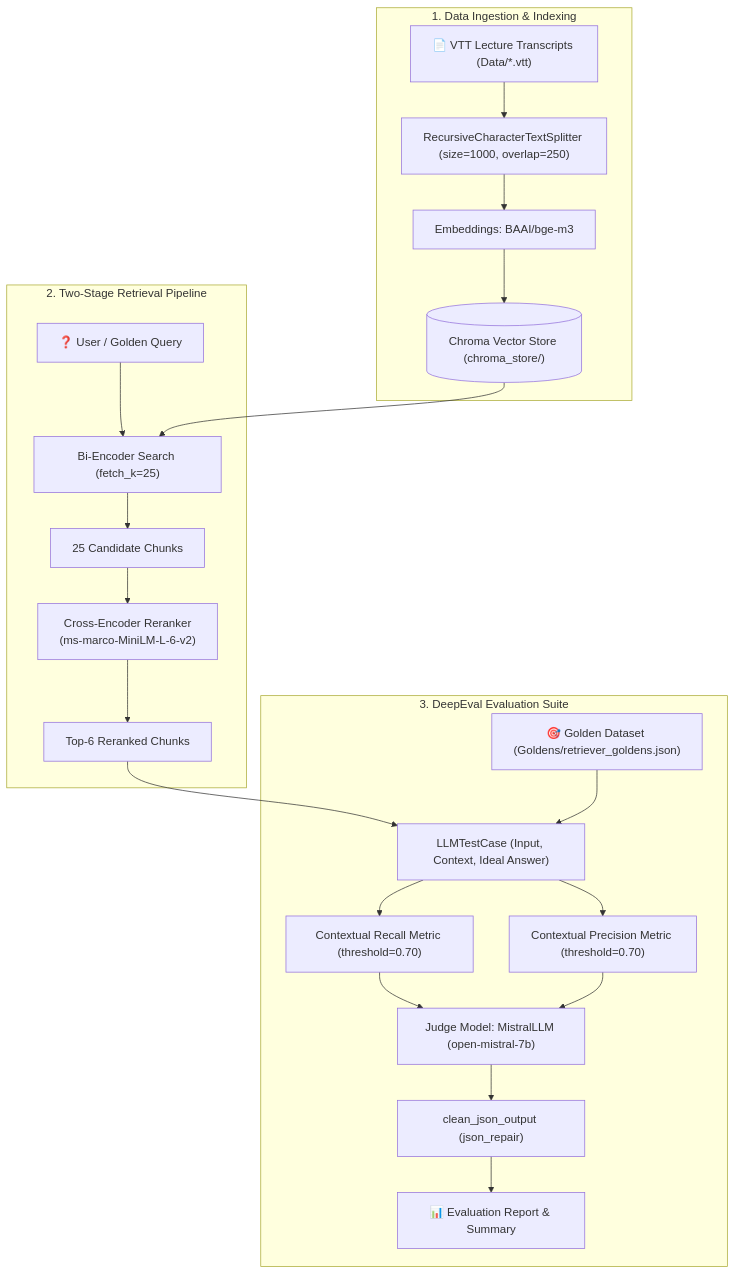
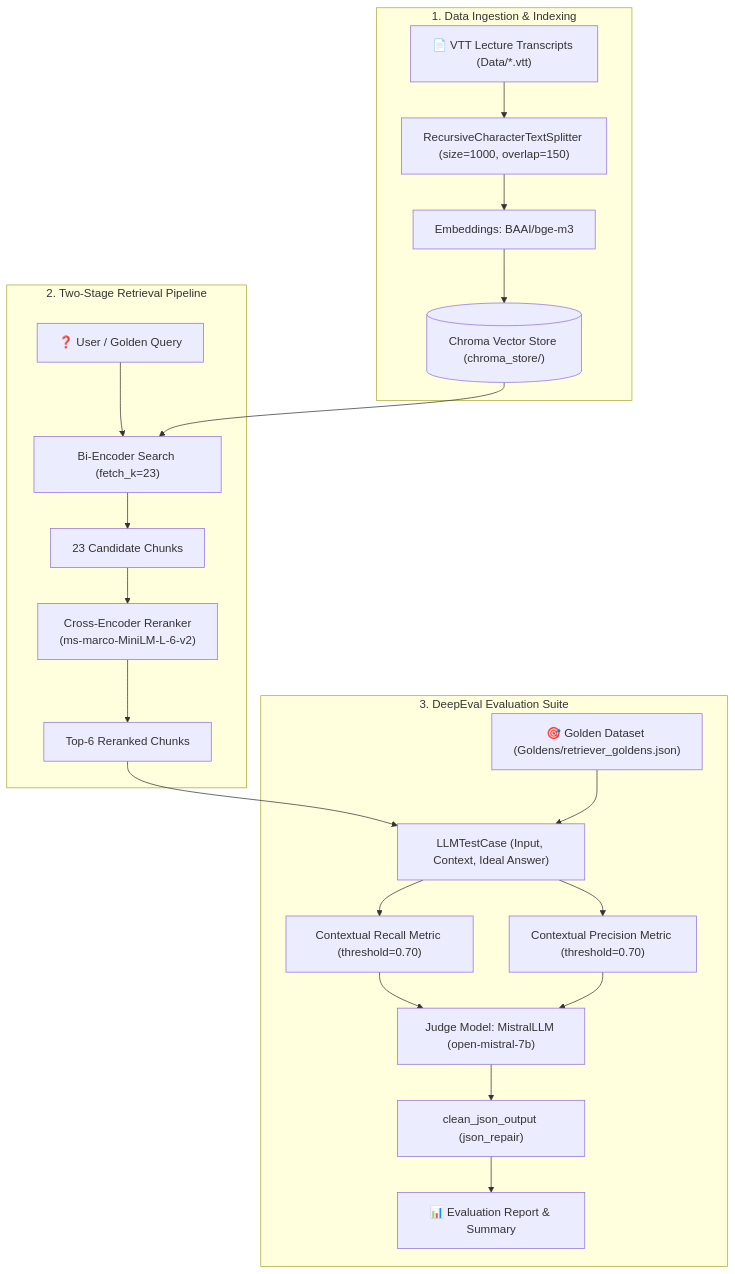
One commit to shlokbam/LLM-RAG-Evaluation changed the diagram in README.md. Above: the diagram before and after it, drawn with Mermaid. The commit also changed other lines of this file and 5 other files, not shown here.

````diff
--- a/README.md
+++ b/README.md
@@ -18,27 +18,27 @@
 ```mermaid
 flowchart TD
     subgraph Ingestion ["1. Data Ingestion & Indexing"]
-        VTT["📄 VTT Lecture Transcripts (Data/*.vtt)"] --> TextSplitter["RecursiveCharacterTextSplitter (size=1000, overlap=250)"]
+        VTT["📄 VTT Lecture Transcripts (Data/*.vtt)"] --> TextSplitter["RecursiveCharacterTextSplitter (size=1000, overlap=150)"]
         TextSplitter --> BGE["Embeddings: BAAI/bge-m3"]
         BGE --> ChromaDB[("Chroma Vector Store (chroma_store/)")]
     end
 
     subgraph TwoStageRetriever ["2. Two-Stage Retrieval Pipeline"]
-        Query["❓ User / Golden Query"] --> BiEncoder["Bi-Encoder Search (fetch_k=25)"]
+        Query["❓ User / Golden Query"] --> BiEncoder["Bi-Encoder Search (fetch_k=23)"]
         ChromaDB --> BiEncoder
-        BiEncoder --> Candidates["25 Candidate Chunks"]
+        BiEncoder --> Candidates["23 Candidate Chunks"]
         Candidates --> CrossEncoder["Cross-Encoder Reranker\n(ms-marco-MiniLM-L-6-v2)"]
         CrossEncoder --> TopK["Top-6 Reranked Chunks"]
     end
 
     subgraph DeepEvalHarness ["3. DeepEval Evaluation Suite"]
         TopK --> TestCases["LLMTestCase (Input, Context, Ideal Answer)"]
         Goldens["🎯 Golden Dataset (Goldens/retriever_goldens.json)"] --> TestCases
         TestCases --> Recall["Contextual Recall Metric (threshold=0.70)"]
         TestCases --> Precision["Contextual Precision Metric (threshold=0.70)"]
         Recall --> MistralJudge["Judge Model: MistralLLM (open-mistral-7b)"]
         Precision --> MistralJudge
         MistralJudge --> JSONRepair["clean_json_output (json_repair)"]
         JSONRepair --> Report["📊 Evaluation Report & Summary"]
     end
 ```
````
